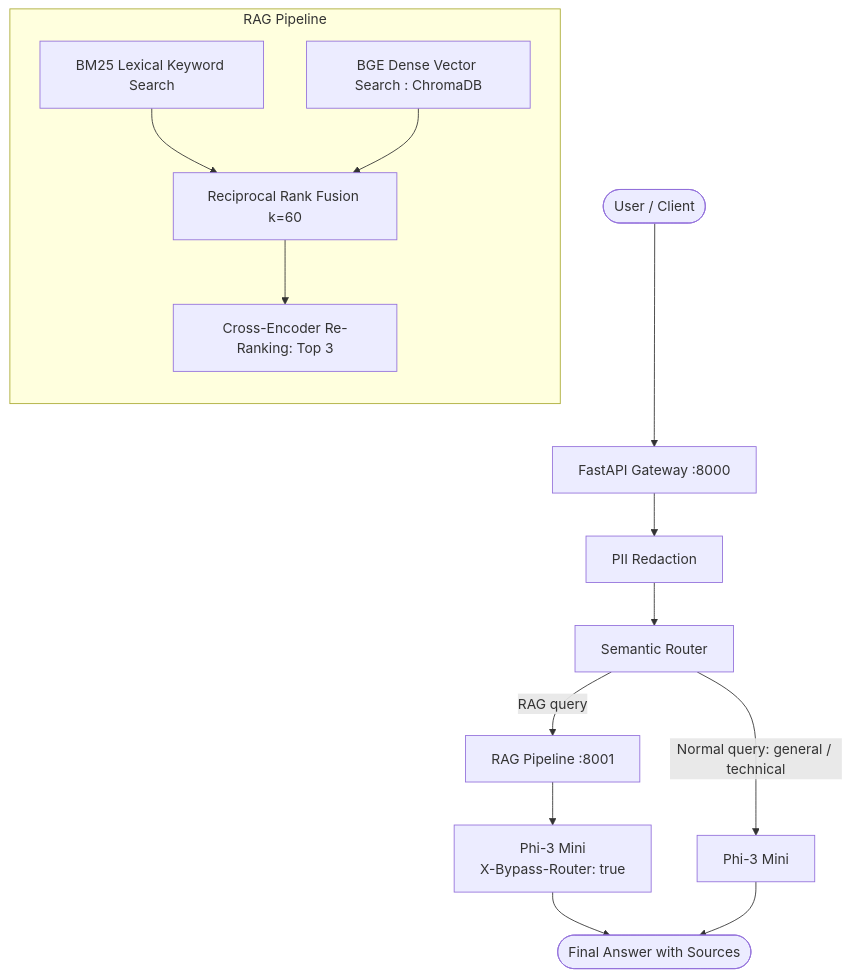
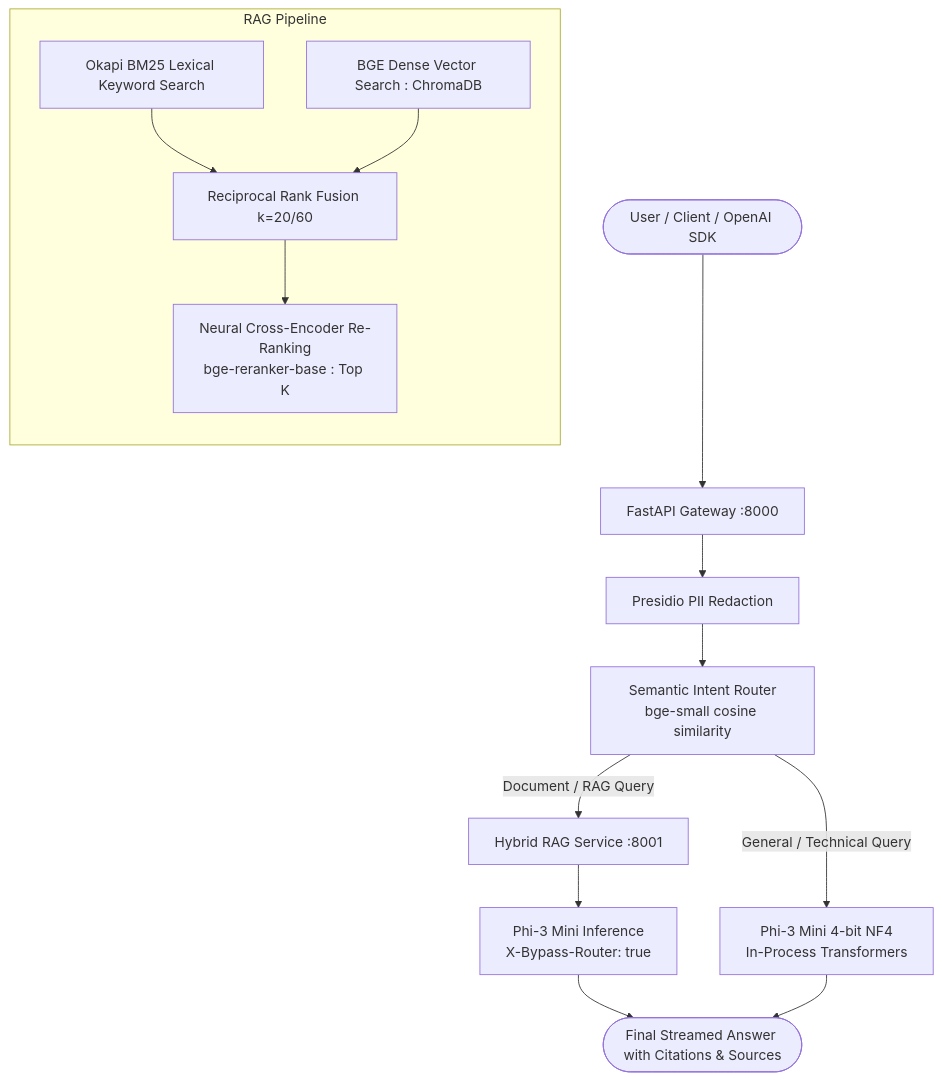
The diagram in docs/ARCHITECTURE.md (LakshyaK04/Ericsson-SLM-Gateway), drawn with Mermaid before and after one commit. The commit also changed other lines of this file and 58 other files, not shown here.

````diff
--- a/docs/ARCHITECTURE.md
+++ b/docs/ARCHITECTURE.md
@@ -51,24 +9,24 @@
 ```mermaid
 graph TD
-    Client([User / Client]) --> Gateway[FastAPI Gateway :8000]
-    Gateway --> PII[PII Redaction]
-    PII --> Router[Semantic Router]
+    Client([User / Client / OpenAI SDK]) --> Gateway[FastAPI Gateway :8000]
+    Gateway --> PII[Presidio PII Redaction]
+    PII --> Router[Semantic Intent Router<br/>bge-small cosine similarity]
     
-    Router -->|Normal query: general / technical| LocalModel[Phi-3 Mini]
-    Router -->|RAG query| RAG[RAG Pipeline :8001]
+    Router -->|General / Technical Query| LocalModel[Phi-3 Mini 4-bit NF4<br/>In-Process Transformers]
+    Router -->|Document / RAG Query| RAG[Hybrid RAG Service :8001]
     
     subgraph RAG Pipeline
         direction TB
-        BM25[BM25 Lexical Keyword Search]
+        BM25[Okapi BM25 Lexical Keyword Search]
         Dense[BGE Dense Vector Search : ChromaDB]
-        RRF[Reciprocal Rank Fusion k=60]
-        Rerank[Cross-Encoder Re-Ranking: Top 3]
+        RRF[Reciprocal Rank Fusion k=20/60]
+        Rerank[Neural Cross-Encoder Re-Ranking<br/>bge-reranker-base : Top K]
         BM25 --> RRF
         Dense --> RRF
         RRF --> Rerank
     end
     
-    RAG --> GroundedModel[Phi-3 Mini<br/>X-Bypass-Router: true]
-    GroundedModel --> Answer([Final Answer with Sources])
+    RAG --> GroundedModel[Phi-3 Mini Inference<br/>X-Bypass-Router: true]
+    GroundedModel --> Answer([Final Streamed Answer with Citations & Sources])
     LocalModel --> Answer
 ```
````
